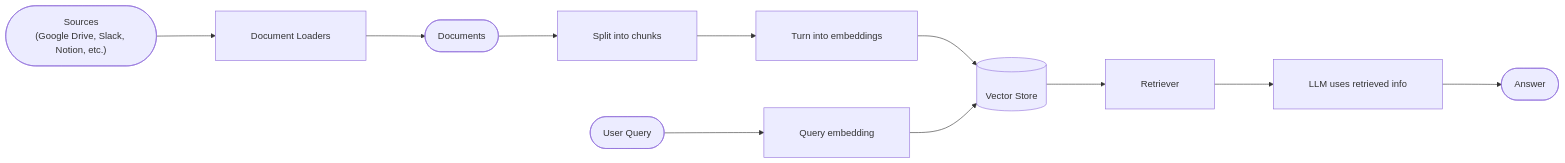
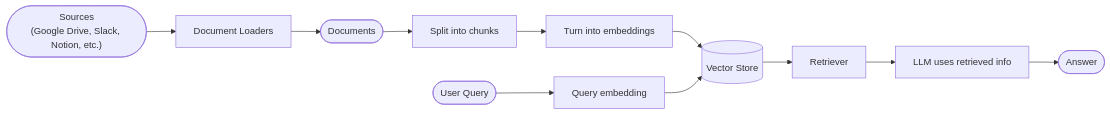
The first of 4 diagrams in src/oss/langchain/retrieval.mdx (langchain-ai/docs), drawn with Mermaid before and after one commit. The commit also changed other lines of this file, not shown here.

Commit message:
docs: fix unreadable retrieval pipeline diagram
- Add useMaxWidth: false to prevent mermaid from scaling down the diagram
- Wrap diagram in scrollable div for horizontal overflow
- Preserves original graph structure and labels

Fixes langchain-ai/docs#2067

````diff
--- a/src/oss/langchain/retrieval.mdx
+++ b/src/oss/langchain/retrieval.mdx
@@ -47,14 +48,14 @@
 ```mermaid
-%%{init: {'flowchart': {'nodeSpacing': 80, 'rankSpacing': 100, 'padding': 30}} }%%
+%%{init: {"flowchart": {"useMaxWidth": false}} }%%
 flowchart LR
   S(["Sources<br>(Google Drive, Slack, Notion, etc.)"]) --> L[Document Loaders]
   L --> A([Documents])
   A --> B[Split into chunks]
   B --> C[Turn into embeddings]
   C --> D[(Vector Store)]
   Q([User Query]) --> E[Query embedding]
   E --> D
   D --> F[Retriever]
   F --> G[LLM uses retrieved info]
   G --> H([Answer])
 ```
````
